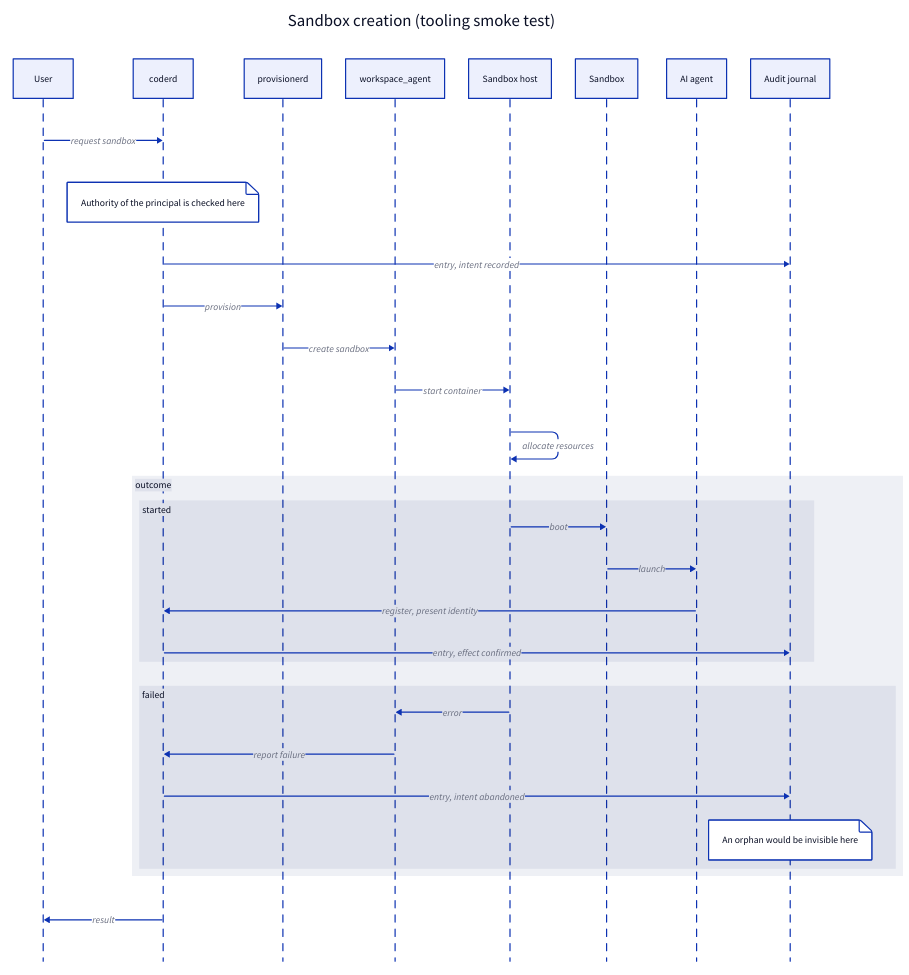
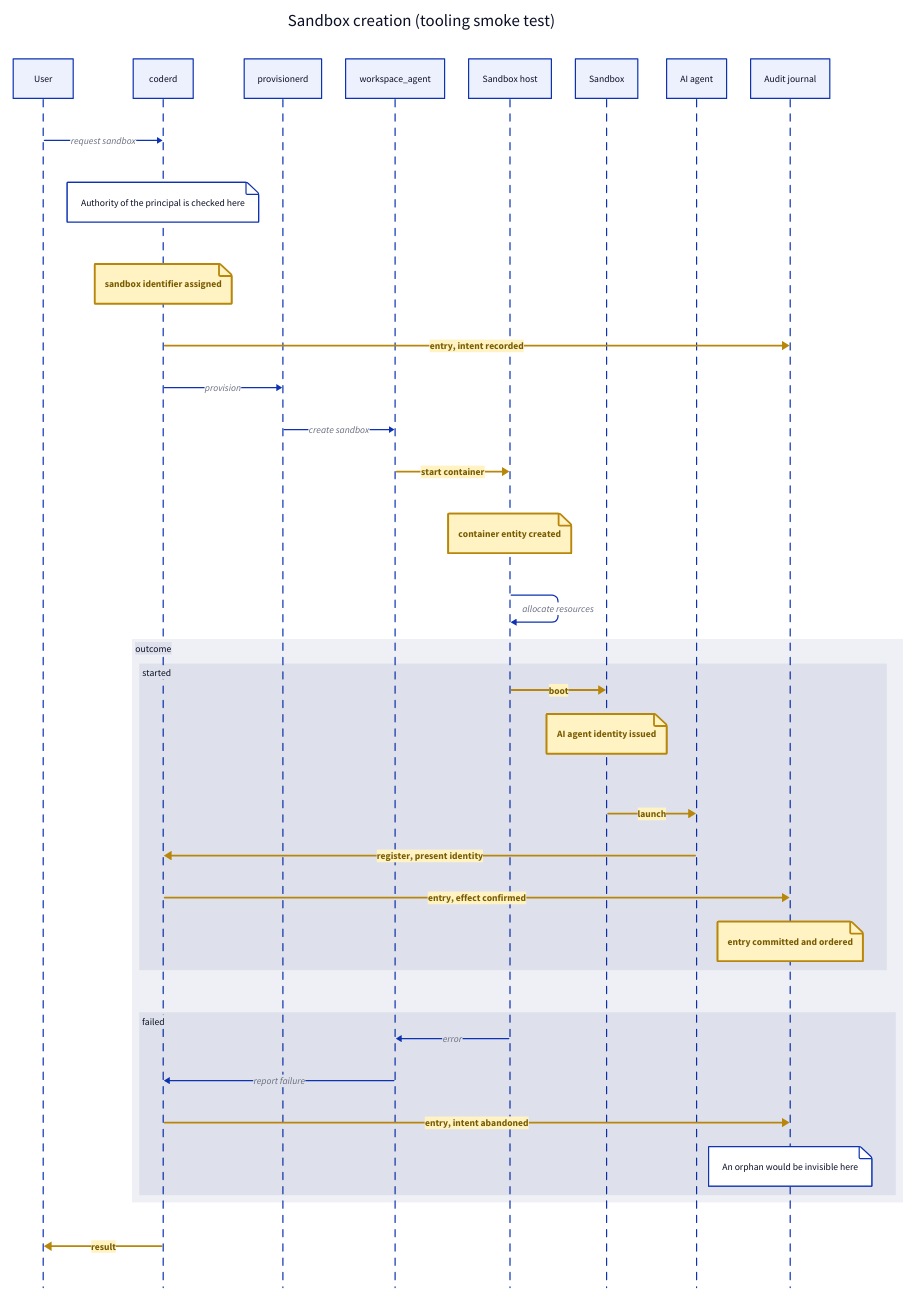
One commit to coder/coder changed the diagram in poc_audit/diagram_tooling_test.d2. Above: the diagram before and after it, drawn with D2. The commit also changed 1 other file, not shown here.

Commit message:
docs(poc_audit): try out class marking of auditable events
Adds an auditable class to the tooling test diagram and applies it to
both messages and notes, so the two markings can be compared in one
render. Two notes are left unmarked for contrast. Which items carry the
class is illustrative; the set of audited events is not yet decided.

Records two limitations found while trying this. d2 classes are purely
visual: the style vocabulary has no content injection, so a class cannot
contribute a fixed prefix such as an audit token to a label. And d2 has
no UML leader line; a note is drawn inline on the lifeline at the
sequence position where it is declared, so position is the attachment.

Drops the mermaid copy of the diagram. The remaining d2 block is kept so
readers can check their previewer setup, and it is byte identical to the
sibling .d2 file.

```diff
--- a/poc_audit/diagram_tooling_test.d2
+++ b/poc_audit/diagram_tooling_test.d2
@@ -1,48 +1,108 @@
 # Tooling smoke test, not a design artifact.
 #
 # Purpose: verify that d2 renders a wide sequence diagram, that groups and
 # notes work, and that the VS Code preview is usable. The participants and
 # messages are illustrative placeholders. Nothing here is a design position.
 #
+# It also tries out marking auditable events with a d2 class, which is the
+# closest thing d2 has to a UML stereotype. The same class is applied to
+# both messages and notes so the two can be compared:
+#
+#   - marked messages: the arrow and its label pick up the class
+#   - marked notes:    the box picks up the class
+#   - plain notes:     left unmarked for contrast
+#
+# d2 classes are purely visual. There is no way to have the class contribute
+# a fixed prefix such as "audit:" to the label, because d2's style vocabulary
+# has no content injection. A visible token has to be typed into the label.
+#
+# d2 has no UML leader line. A note is drawn inline on the lifeline at the
+# sequence position where it is declared, so position is the attachment.
+# Drawing an explicit connection from a note produces a message to a box,
+# which reads worse, so it is not done here.
+#
+# WHICH events are marked below is illustrative only. Potentially auditable
+# events are persistent state changes: database writes, creation of
+# entities, assignment of identifiers to entities, and sending messages
+# outside the system. Which subset is actually audited is a design choice
+# not yet made.
+#
 # Preview: right-click this file and choose the d2 preview, or Ctrl+Shift+D.
 # Render:  d2 poc_audit/diagram_tooling_test.d2 out.svg
+
+classes: {
+  auditable: {
+    style: {
+      stroke: "#B8860B"
+      stroke-width: 3
+      bold: true
+      font-color: "#7A5C00"
+      fill: "#FFF3C4"
+    }
+  }
+}
 
 seq: Sandbox creation (tooling smoke test) {
   shape: sequence_diagram
 
   user: User
   coderd: coderd
   prov: provisionerd
   wsagent: workspace_agent
   host: Sandbox host
   sandbox: Sandbox
   aiagent: AI agent
   journal: Audit journal
 
   user -> coderd: request sandbox
+
+  # plain note, for contrast
   coderd.note: Authority of the principal is checked here
-  coderd -> journal: entry, intent recorded
+
+  # assignment of an identifier, occurs within the activation
+  coderd.n2: sandbox identifier assigned { class: auditable }
+
+  # database write
+  coderd -> journal: entry, intent recorded { class: auditable }
+
   coderd -> prov: provision
+  prov -> wsagent: create sandbox
 
-  prov -> wsagent: create sandbox
-  wsagent -> host: start container
+  # creation of an entity
+  wsagent -> host: start container { class: auditable }
+
+  # creation of an entity, occurs within the activation
+  host.n1: container entity created { class: auditable }
+
   host -> host: allocate resources
 
   outcome: {
     started: {
-      host -> sandbox: boot
-      sandbox -> aiagent: launch
-      aiagent -> coderd: register, present identity
-      coderd -> journal: entry, effect confirmed
+      host -> sandbox: boot { class: auditable }
+
+      # assignment of an identifier, occurs within the activation
+      sandbox.n1: AI agent identity issued { class: auditable }
+
+      sandbox -> aiagent: launch { class: auditable }
+      aiagent -> coderd: register, present identity { class: auditable }
+
+      # database write
+      coderd -> journal: entry, effect confirmed { class: auditable }
+
+      # database write, occurs within the activation
+      journal.n1: entry committed and ordered { class: auditable }
     }
 
     failed: {
       host -> wsagent: error
       wsagent -> coderd: report failure
-      coderd -> journal: entry, intent abandoned
+      coderd -> journal: entry, intent abandoned { class: auditable }
+
+      # plain note, for contrast
       journal.note: An orphan would be invisible here
     }
   }
 
-  coderd -> user: result
+  # sending a message outside the system
+  coderd -> user: result { class: auditable }
 }
```
